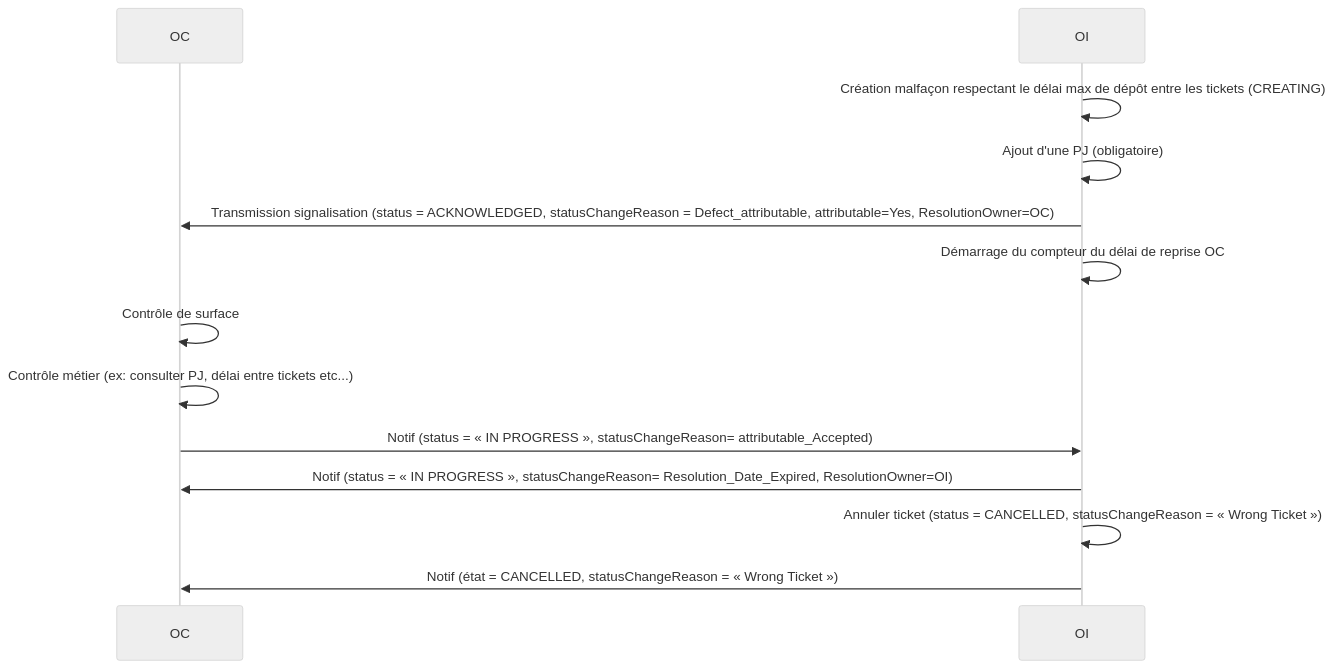
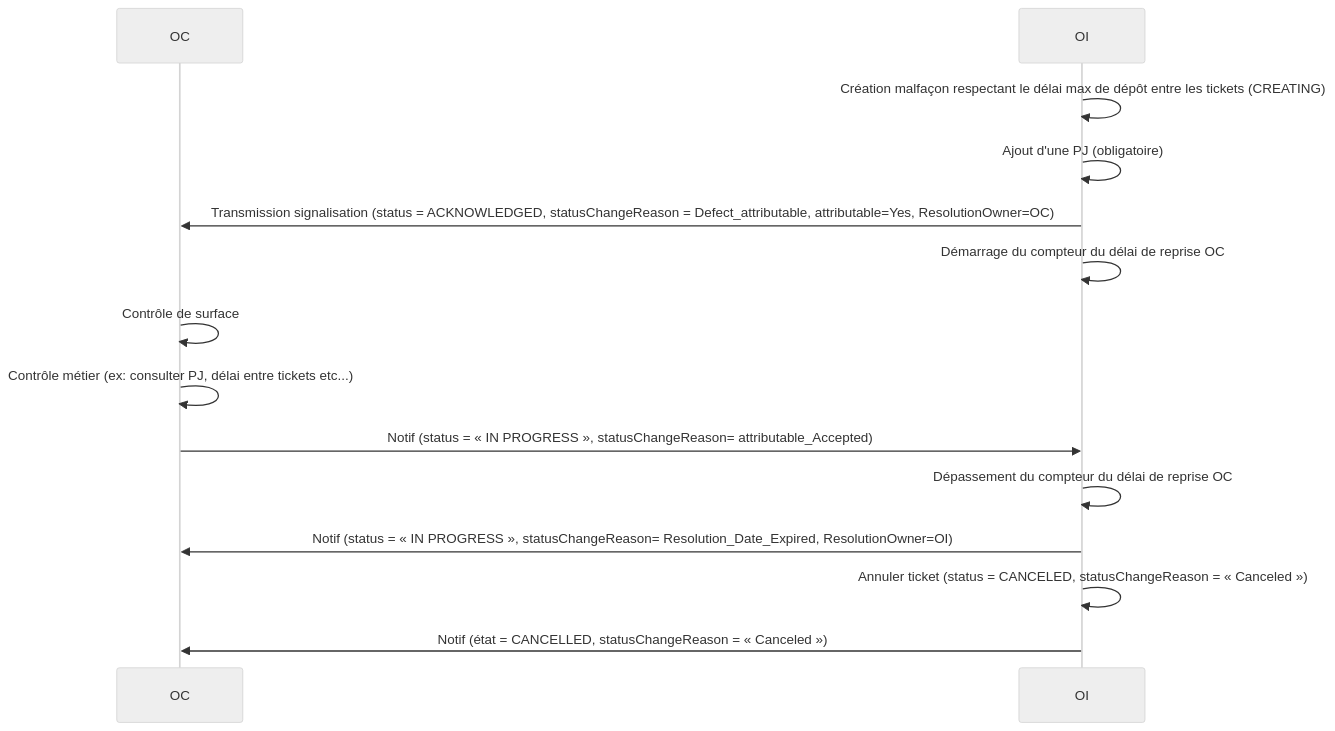
One commit to before-interop/malfacon changed the fourth of 12 diagrams in README.md. Above: the diagram before and after it, drawn with Mermaid (neutral theme). The commit also changed other lines of this file, not shown here.

````diff
--- a/README.md
+++ b/README.md
@@ -460,17 +409,18 @@
 ```mermaid
 sequenceDiagram
 
   participant OC
   participant OI
 
   OI->>OI: Création malfaçon respectant le délai max de dépôt entre les tickets (CREATING)
   OI->>OI: Ajout d'une PJ (obligatoire)
   OI->>OC: Transmission signalisation (status = ACKNOWLEDGED, statusChangeReason = Defect_attributable, attributable=Yes, ResolutionOwner=OC)
   OI->>OI: Démarrage du compteur du délai de reprise OC
   OC->>OC: Contrôle de surface
   OC->>OC: Contrôle métier (ex: consulter PJ, délai entre tickets etc...)
   OC->>OI: Notif (status = « IN PROGRESS », statusChangeReason= attributable_Accepted)
+  OI->>OI: Dépassement du compteur du délai de reprise OC
   OI->>OC: Notif (status = « IN PROGRESS », statusChangeReason= Resolution_Date_Expired, ResolutionOwner=OI)
-  OI->>OI: Annuler ticket (status = CANCELLED, statusChangeReason = « Wrong Ticket »)
-  OI->>OC: Notif (état = CANCELLED, statusChangeReason = « Wrong Ticket »)
+  OI->>OI: Annuler ticket (status = CANCELED, statusChangeReason = « Canceled »)
+  OI->>OC: Notif (état = CANCELLED, statusChangeReason = « Canceled »)
 ```
````
